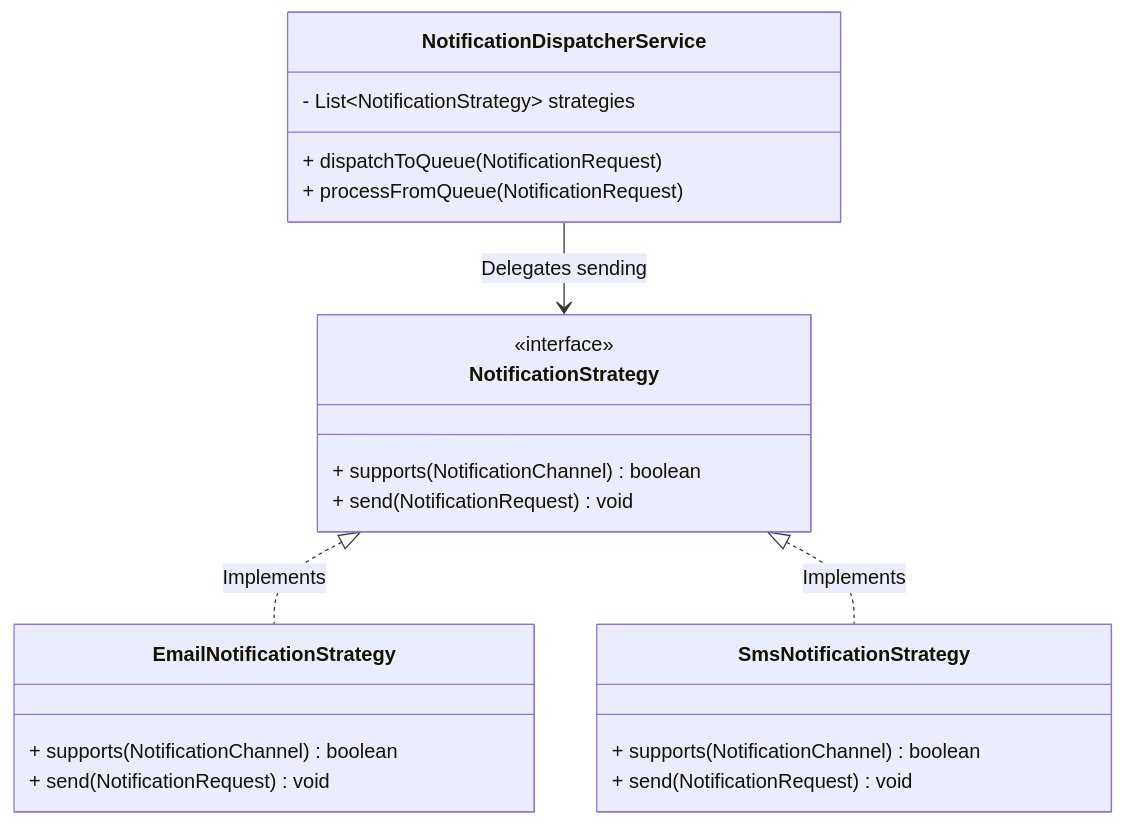
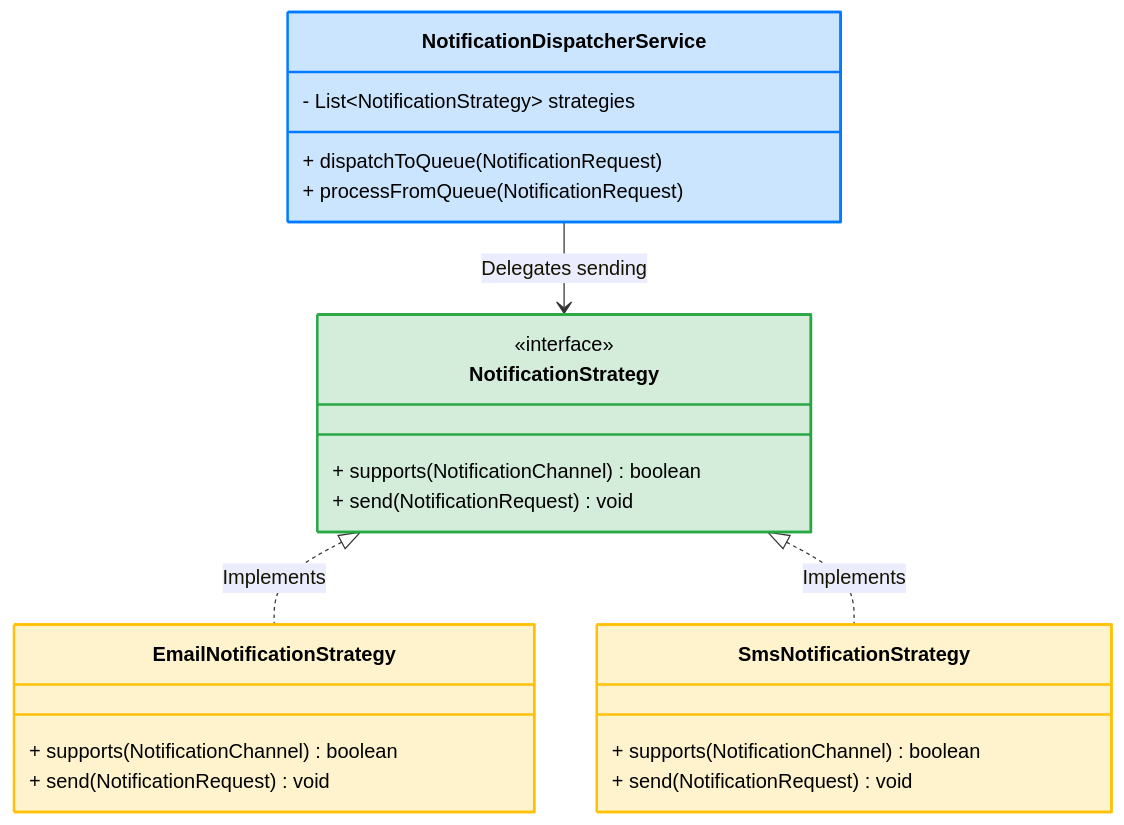
One commit to pmfml/multi-channel-notification-engine changed the third of 3 diagrams in ARCHITECTURE.md. Above: the diagram before and after it, drawn with Mermaid. The commit also changed other lines of this file, not shown here.

Commit message:
docs: apply colors to architecture diagrams

````diff
--- a/ARCHITECTURE.md
+++ b/ARCHITECTURE.md
@@ -89,28 +107,33 @@
 ```mermaid
 classDiagram
     class NotificationDispatcherService {
         - List~NotificationStrategy~ strategies
         + dispatchToQueue(NotificationRequest)
         + processFromQueue(NotificationRequest)
     }
 
     class NotificationStrategy {
         <<interface>>
         + supports(NotificationChannel) boolean
         + send(NotificationRequest) void
     }
 
     class EmailNotificationStrategy {
         + supports(NotificationChannel) boolean
         + send(NotificationRequest) void
     }
 
     class SmsNotificationStrategy {
         + supports(NotificationChannel) boolean
         + send(NotificationRequest) void
     }
 
     NotificationDispatcherService --> NotificationStrategy : Delegates sending
     NotificationStrategy <|.. EmailNotificationStrategy : Implements
     NotificationStrategy <|.. SmsNotificationStrategy : Implements
+
+    style NotificationDispatcherService fill:#cce5ff,stroke:#007bff,stroke-width:2px,color:#000000
+    style NotificationStrategy fill:#d4edda,stroke:#28a745,stroke-width:2px,color:#000000
+    style EmailNotificationStrategy fill:#fff3cd,stroke:#ffc107,stroke-width:2px,color:#000000
+    style SmsNotificationStrategy fill:#fff3cd,stroke:#ffc107,stroke-width:2px,color:#000000
 ```
````
